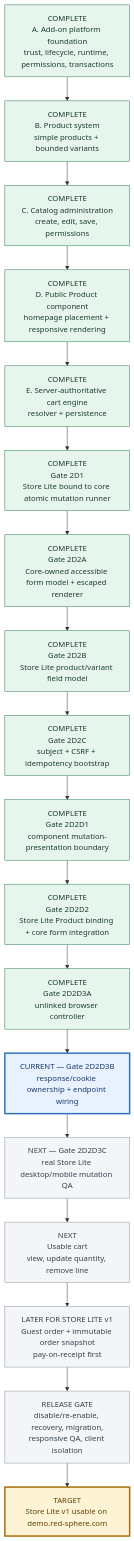
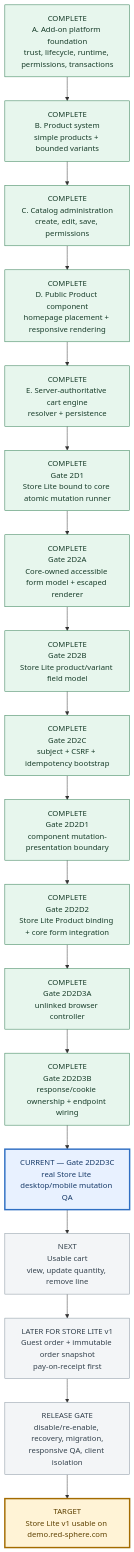
Before and after one commit to orojas01-glitch/redcms: the second of 2 diagrams in docs/ADD-ON-PLATFORM-STATUS.md, drawn with Mermaid. The commit also changed other lines of this file and 22 other files, not shown here.

Commit message:
Wire supported public mutation endpoint

````diff
--- a/docs/ADD-ON-PLATFORM-STATUS.md
+++ b/docs/ADD-ON-PLATFORM-STATUS.md
@@ -30,32 +30,32 @@
 ```mermaid
 flowchart TD
     A["COMPLETE<br/>A. Add-on platform foundation<br/>trust, lifecycle, runtime, permissions, transactions"]
     B["COMPLETE<br/>B. Product system<br/>simple products + bounded variants"]
     C["COMPLETE<br/>C. Catalog administration<br/>create, edit, save, permissions"]
     D["COMPLETE<br/>D. Public Product component<br/>homepage placement + responsive rendering"]
     E["COMPLETE<br/>E. Server-authoritative cart engine<br/>resolver + persistence"]
     F["COMPLETE<br/>Gate 2D1<br/>Store Lite bound to core atomic mutation runner"]
     G1["COMPLETE<br/>Gate 2D2A<br/>Core-owned accessible form model + escaped renderer"]
     G2["COMPLETE<br/>Gate 2D2B<br/>Store Lite product/variant field model"]
     G3["COMPLETE<br/>Gate 2D2C<br/>subject + CSRF + idempotency bootstrap"]
     G4A["COMPLETE<br/>Gate 2D2D1<br/>component mutation-presentation boundary"]
     G4B["COMPLETE<br/>Gate 2D2D2<br/>Store Lite Product binding + core form integration"]
     G4C1["COMPLETE<br/>Gate 2D2D3A<br/>unlinked browser controller"]
-    G4C2["CURRENT — Gate 2D2D3B<br/>response/cookie ownership + endpoint wiring"]
-    G4C3["NEXT — Gate 2D2D3C<br/>real Store Lite desktop/mobile mutation QA"]
+    G4C2["COMPLETE<br/>Gate 2D2D3B<br/>response/cookie ownership + endpoint wiring"]
+    G4C3["CURRENT — Gate 2D2D3C<br/>real Store Lite desktop/mobile mutation QA"]
     H["NEXT<br/>Usable cart<br/>view, update quantity, remove line"]
     I["LATER FOR STORE LITE v1<br/>Guest order + immutable order snapshot<br/>pay-on-receipt first"]
     J["RELEASE GATE<br/>disable/re-enable, recovery, migration,<br/>responsive QA, client isolation"]
     K["TARGET<br/>Store Lite v1 usable on demo.red-sphere.com"]
 
     A --> B --> C --> D --> E --> F --> G1 --> G2 --> G3 --> G4A --> G4B --> G4C1 --> G4C2 --> G4C3 --> H --> I --> J --> K
 
     classDef complete fill:#e7f6ed,stroke:#27764a,color:#183d2a;
     classDef current fill:#e8f1ff,stroke:#2f6fc3,color:#173a68,stroke-width:3px;
     classDef remaining fill:#f3f5f7,stroke:#82909c,color:#34424d;
     classDef target fill:#fff3d6,stroke:#a36b00,color:#5e4100,stroke-width:3px;
-    class A,B,C,D,E,F,G1,G2,G3,G4A,G4B,G4C1 complete;
-    class G4C2 current;
-    class G4C3,H,I,J remaining;
+    class A,B,C,D,E,F,G1,G2,G3,G4A,G4B,G4C1,G4C2 complete;
+    class G4C3 current;
+    class H,I,J remaining;
     class K target;
 ```
````
